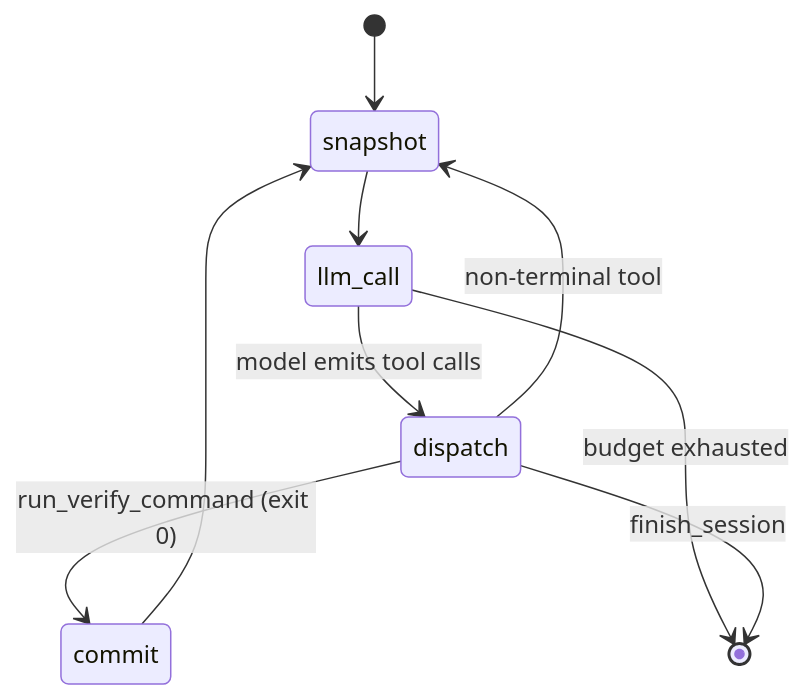
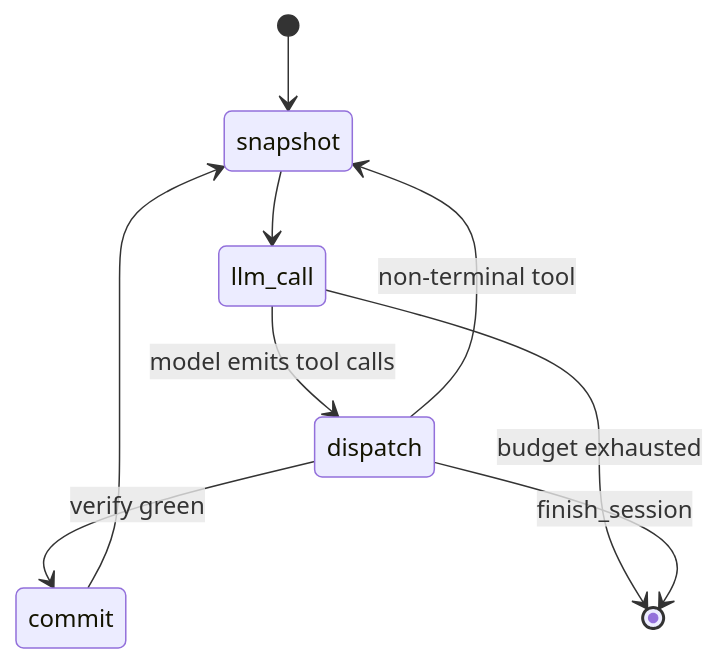
One commit to agent6-dev/agent6 changed the first of 4 diagrams in docs/architecture.md. Above: the diagram before and after it, drawn with Mermaid. The commit also changed other lines of this file and 15 other files, not shown here.

````diff
--- a/docs/architecture.md
+++ b/docs/architecture.md
@@ -45,11 +45,11 @@
 ```mermaid
 stateDiagram-v2
     [*] --> snapshot
     snapshot --> llm_call
     llm_call --> dispatch: model emits tool calls
     llm_call --> [*]: budget exhausted
     dispatch --> snapshot: non-terminal tool
-    dispatch --> commit: run_verify_command (exit 0)
+    dispatch --> commit: verify green
     commit --> snapshot
     dispatch --> [*]: finish_session
 ```
````
